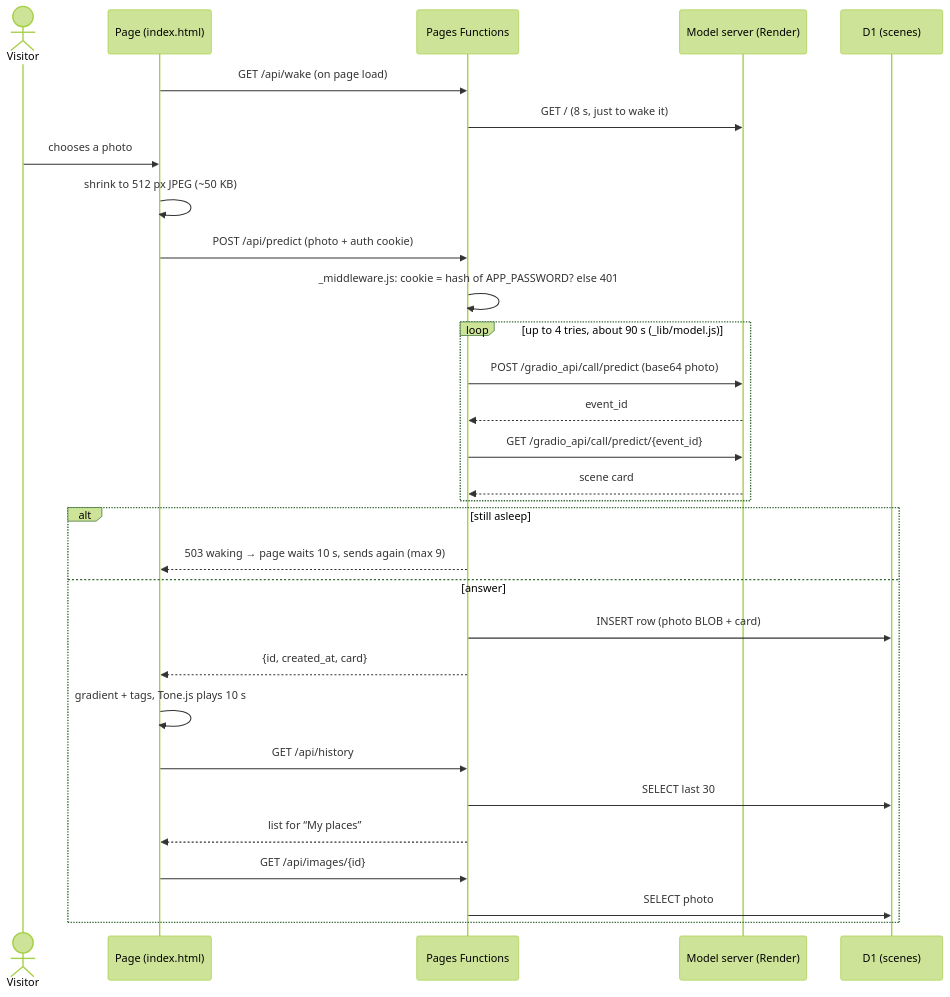
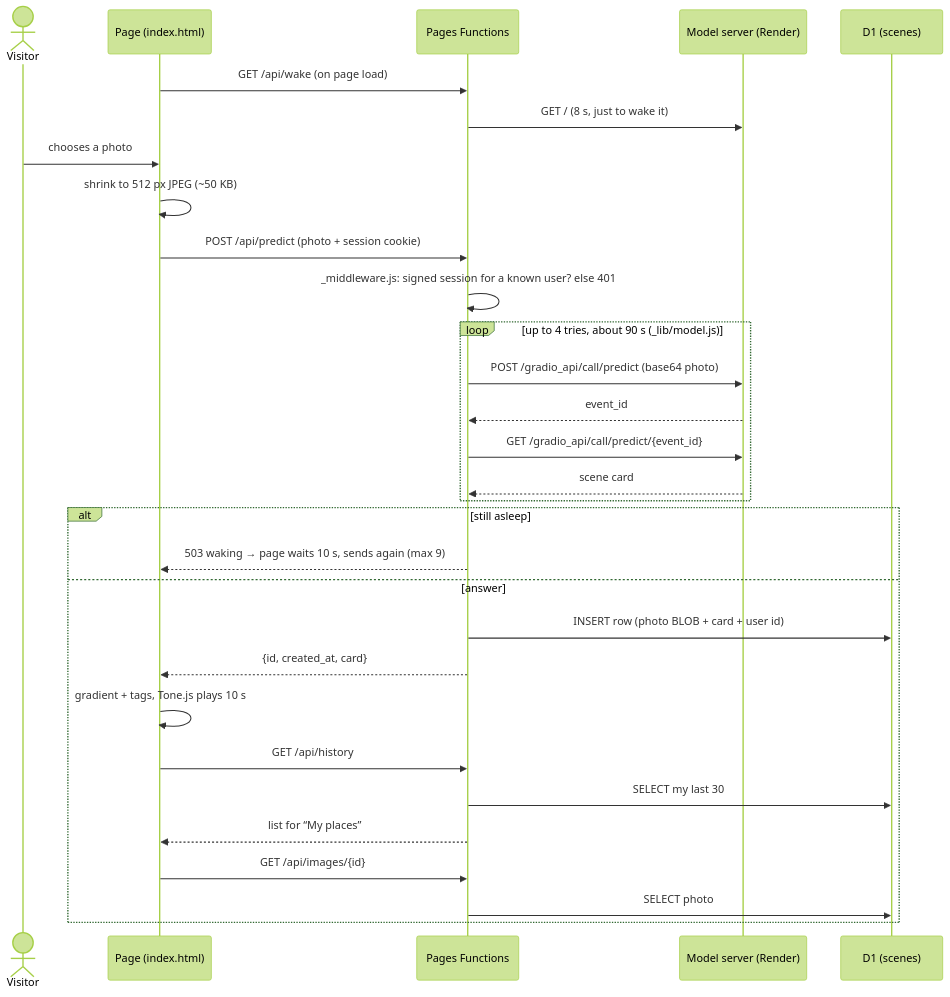
One commit to iaac-maai/hackathon-team8-chroma changed the first of 3 diagrams in 04_final/diagrams/sequence.md. Above: the diagram before and after it, drawn with Mermaid (forest theme). The commit also changed other lines of this file and 72 other files, not shown here.

````diff
--- a/04_final/diagrams/sequence.md
+++ b/04_final/diagrams/sequence.md
@@ -7,32 +8,32 @@
 ```mermaid
 sequenceDiagram
   actor U as Visitor
   participant P as Page (index.html)
   participant F as Pages Functions
   participant R as Model server (Render)
   participant D as D1 (scenes)
   P->>F: GET /api/wake (on page load)
   F->>R: GET / (8 s, just to wake it)
   U->>P: chooses a photo
   P->>P: shrink to 512 px JPEG (~50 KB)
-  P->>F: POST /api/predict (photo + auth cookie)
-  F->>F: _middleware.js: cookie = hash of APP_PASSWORD? else 401
+  P->>F: POST /api/predict (photo + session cookie)
+  F->>F: _middleware.js: signed session for a known user? else 401
   loop up to 4 tries, about 90 s (_lib/model.js)
     F->>R: POST /gradio_api/call/predict (base64 photo)
     R-->>F: event_id
     F->>R: GET /gradio_api/call/predict/{event_id}
     R-->>F: scene card
   end
   alt still asleep
     F-->>P: 503 waking → page waits 10 s, sends again (max 9)
   else answer
-    F->>D: INSERT row (photo BLOB + card)
+    F->>D: INSERT row (photo BLOB + card + user id)
     F-->>P: {id, created_at, card}
     P->>P: gradient + tags, Tone.js plays 10 s
     P->>F: GET /api/history
-    F->>D: SELECT last 30
+    F->>D: SELECT my last 30
     F-->>P: list for “My places”
     P->>F: GET /api/images/{id}
     F->>D: SELECT photo
   end
 ```
````
